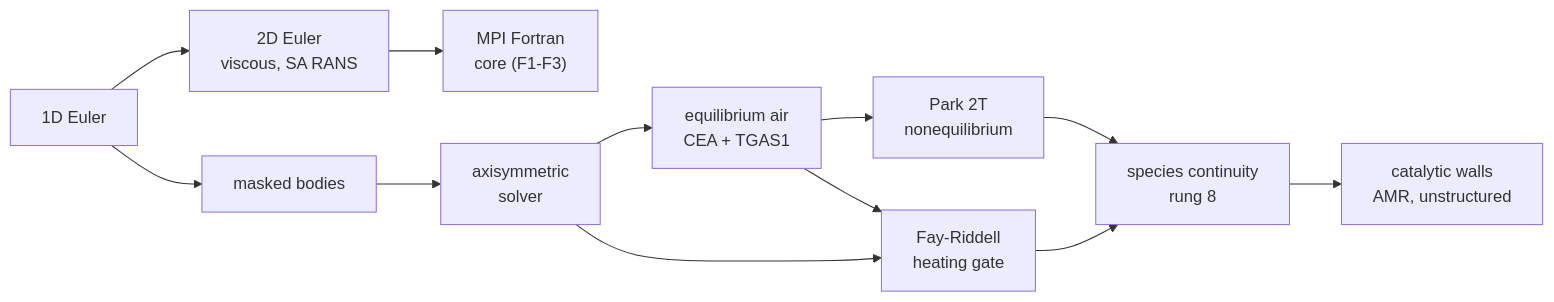
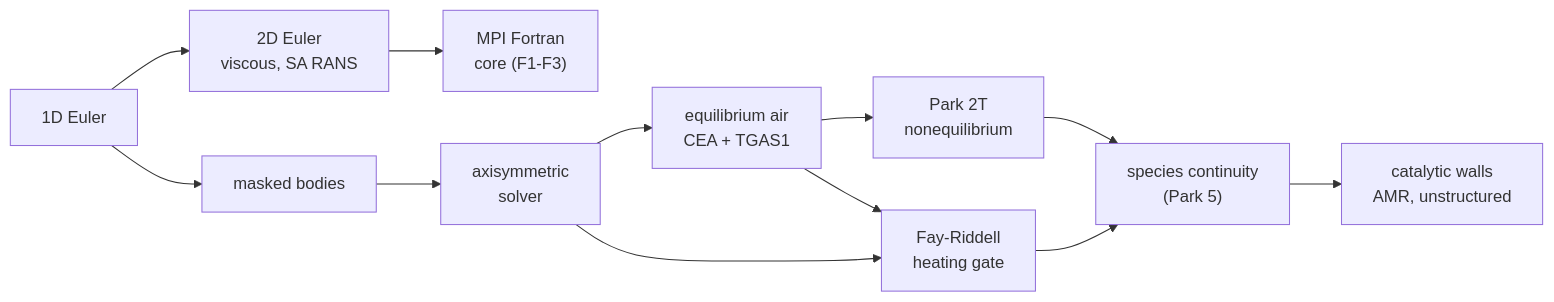
Before and after one commit to totallynotbrent/nuFor: the diagram in docs/roadmap.md, drawn with Mermaid. The commit also changed other lines of this file and 40 other files, not shown here.

````diff
--- a/docs/roadmap.md
+++ b/docs/roadmap.md
@@ -74,15 +74,15 @@
 ```mermaid
 flowchart LR
     A["1D Euler"] --> B["2D Euler<br/>viscous, SA RANS"]
     B --> C["MPI Fortran<br/>core (F1-F3)"]
     A --> D["masked bodies"]
     D --> E["axisymmetric<br/>solver"]
     E --> F["equilibrium air<br/>CEA + TGAS1"]
     F --> G["Park 2T<br/>nonequilibrium"]
     F --> H["Fay-Riddell<br/>heating gate"]
-    H --> I["species continuity<br/>rung 8"]
+    H --> I["species continuity<br/>(Park 5)"]
 
     I --> K["catalytic walls<br/>AMR, unstructured"]
     G --> I
     E --> H
 ```
````
